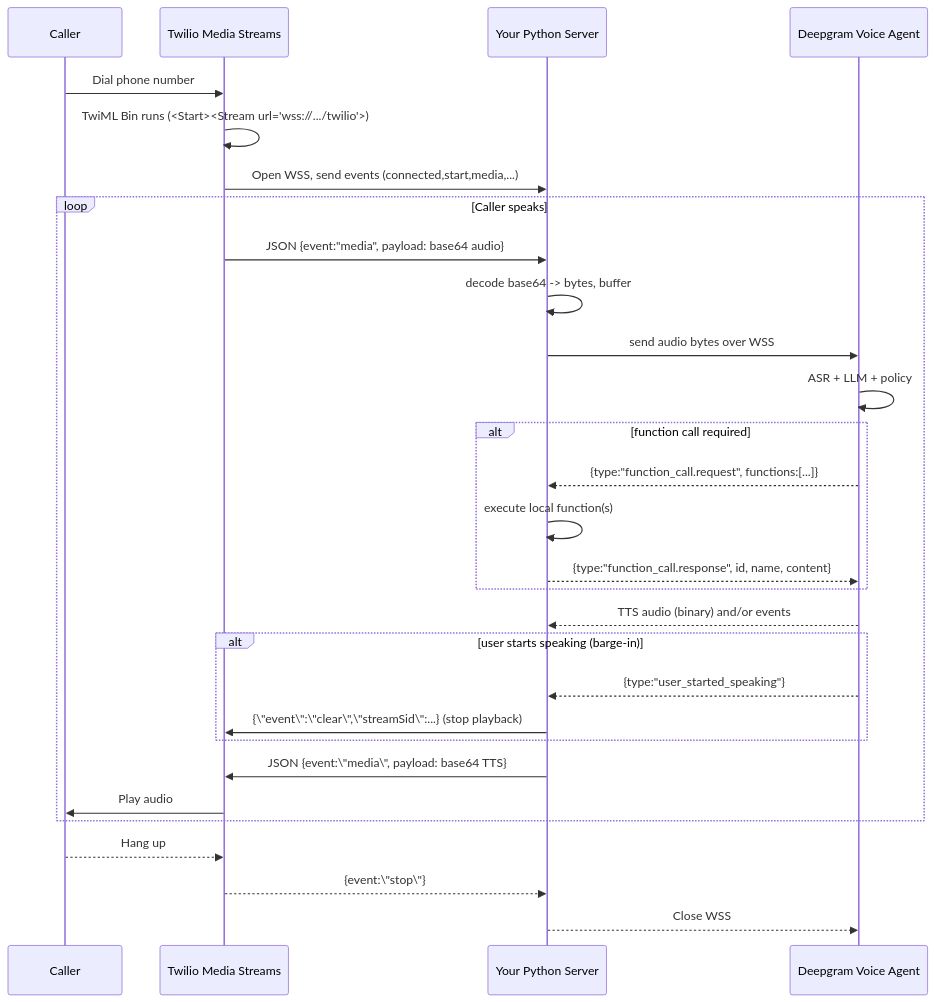
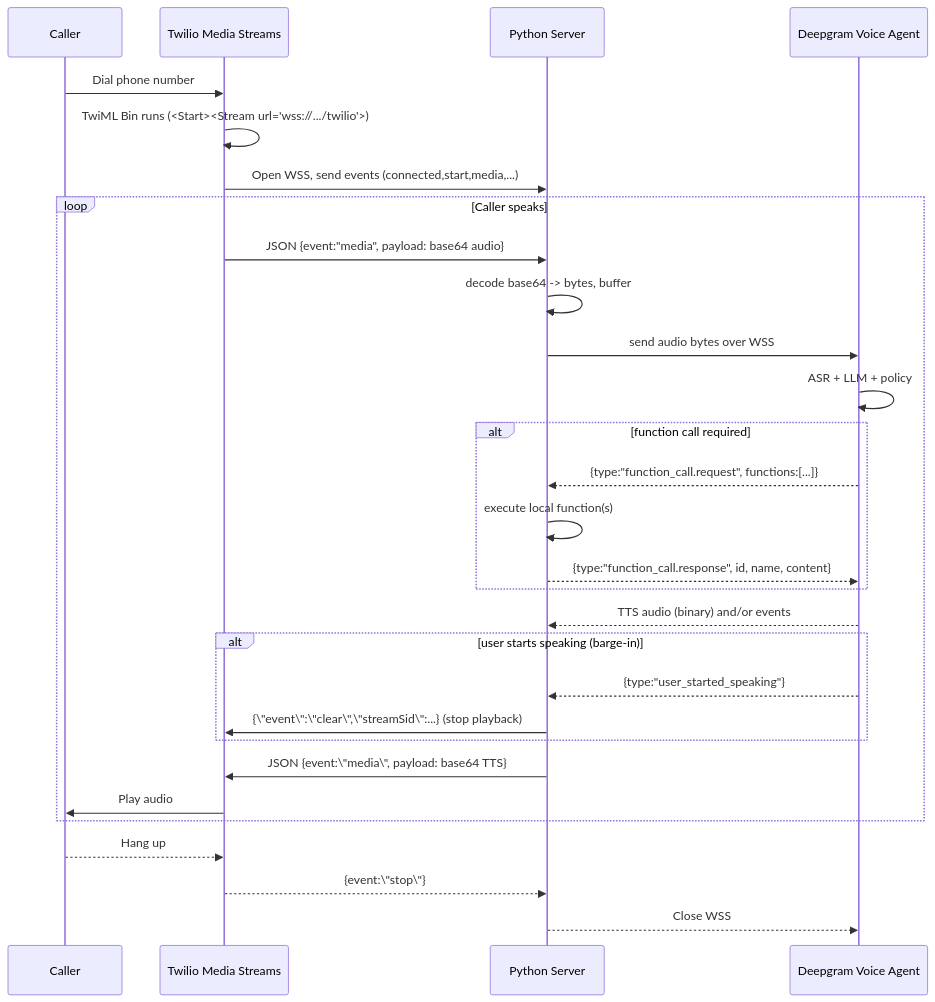
One commit to Kavintha-Wijesinghe/Python-Realtime-Voice-Agent-Deepgram-Twilio-with-Function-Calling changed the second of 2 diagrams in README.md. Above: the diagram before and after it, drawn with Mermaid.

````diff
--- a/README.md
+++ b/README.md
@@ -89,34 +89,34 @@
 ```mermaid
 sequenceDiagram
   participant User as Caller
   participant Twilio as Twilio Media Streams
-  participant App as Your Python Server
+  participant App as Python Server
   participant DG as Deepgram Voice Agent
 
   User->>Twilio: Dial phone number
   Twilio->>Twilio: TwiML Bin runs (<Start><Stream url="wss://.../twilio">)
   Twilio->>App: Open WSS, send events (connected,start,media,...)
 
   loop Caller speaks
     Twilio->>App: JSON {event:"media", payload: base64 audio}
     App->>App: decode base64 -> bytes, buffer
     App->>DG: send audio bytes over WSS
     DG->>DG: ASR + LLM + policy
     alt function call required
       DG-->>App: {type:"function_call.request", functions:[...]}
       App->>App: execute local function(s)
       App-->>DG: {type:"function_call.response", id, name, content}
     end
     DG-->>App: TTS audio (binary) and/or events
     alt user starts speaking (barge-in)
       DG-->>App: {type:"user_started_speaking"}
       App->>Twilio: {\"event\":\"clear\",\"streamSid\":...} (stop playback)
     end
     App->>Twilio: JSON {event:\"media\", payload: base64 TTS}
     Twilio->>User: Play audio
   end
 
   User-->>Twilio: Hang up
   Twilio-->>App: {event:\"stop\"}
   App-->>DG: Close WSS
 ```
````
